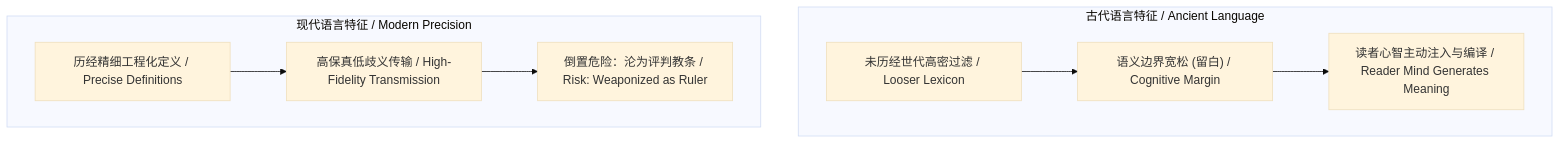
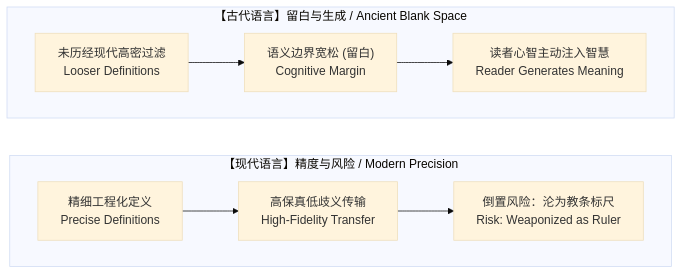
Before and after one commit to powerpig99/not-a-toe: the third of 7 diagrams in content/posts/the-dissolution-of-the-great-reversal.md, drawn with Mermaid (base theme). The commit also changed other lines of this file, not shown here.

Commit message:
Optimize Post #314 Mermaid diagrams: enforce strict vertical stacking and compact multiline labels

````diff
--- a/content/posts/the-dissolution-of-the-great-reversal.md
+++ b/content/posts/the-dissolution-of-the-great-reversal.md
@@ -62,11 +68,14 @@
 ```mermaid
 flowchart TB
-    subgraph Ancient["古代语言特征 / Ancient Language"]
-        A1["未历经世代高密过滤 / Looser Lexicon"] --> A2["语义边界宽松 (留白) / Cognitive Margin"]
-        A2 --> A3["读者心智主动注入与编译 / Reader Mind Generates Meaning"]
+    subgraph Ancient["【古代语言】留白与生成 / Ancient Blank Space"]
+        A1["未历经现代高密过滤<br/>Looser Definitions"] --> A2["语义边界宽松 (留白)<br/>Cognitive Margin"]
+        A2 --> A3["读者心智主动注入智慧<br/>Reader Generates Meaning"]
     end
-    subgraph Modern["现代语言特征 / Modern Precision"]
-        B1["历经精细工程化定义 / Precise Definitions"] --> B2["高保真低歧义传输 / High-Fidelity Transmission"]
-        B2 --> B3["倒置危险：沦为评判教条 / Risk: Weaponized as Ruler"]
+
+    Ancient ~~~ Modern
+
+    subgraph Modern["【现代语言】精度与风险 / Modern Precision"]
+        B1["精细工程化定义<br/>Precise Definitions"] --> B2["高保真低歧义传输<br/>High-Fidelity Transfer"]
+        B2 --> B3["倒置风险：沦为教条标尺<br/>Risk: Weaponized as Ruler"]
     end
 ```
````
